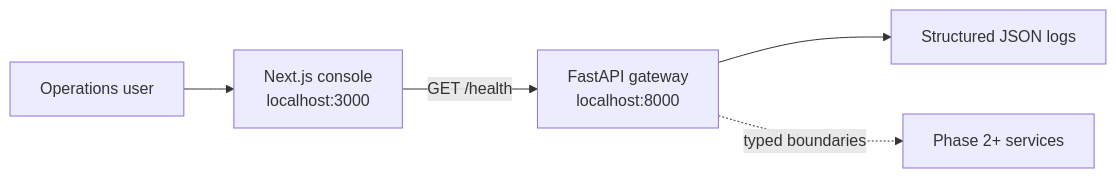
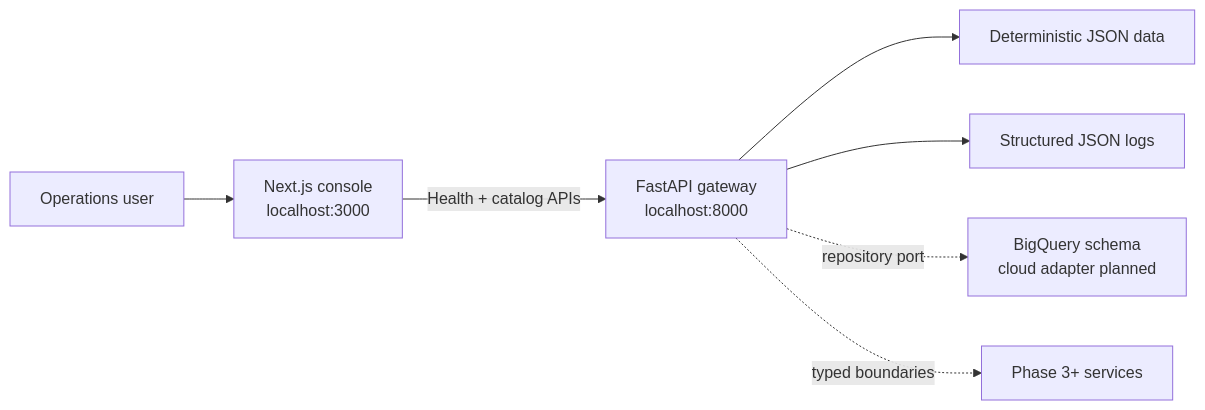
Before and after one commit to cr7yash/geoops-ai: the diagram in README.md, drawn with Mermaid. The commit also changed other lines of this file and 39 other files, not shown here.

Commit message:
feat: add phase 2 domain and data catalog

````diff
--- a/README.md
+++ b/README.md
@@ -21,14 +26,18 @@
 ```mermaid
 flowchart LR
     USER[Operations user]
     WEB[Next.js console<br/>localhost:3000]
     API[FastAPI gateway<br/>localhost:8000]
+    LOCAL[Deterministic JSON data]
     LOGS[Structured JSON logs]
+    BQ[BigQuery schema<br/>cloud adapter planned]
 
     USER --> WEB
-    WEB -->|GET /health| API
+    WEB -->|Health + catalog APIs| API
+    API --> LOCAL
     API --> LOGS
+    API -. repository port .-> BQ
 
-    FUTURE[Phase 2+ services]
+    FUTURE[Phase 3+ services]
     API -. typed boundaries .-> FUTURE
 ```
````
